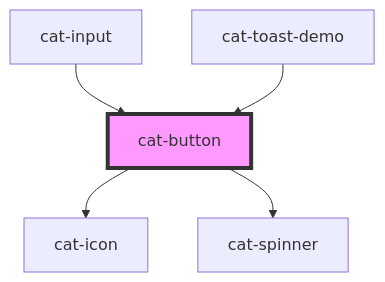
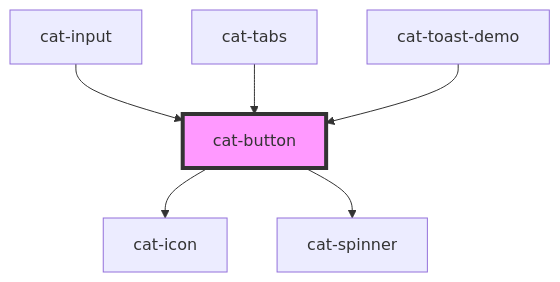
The diagram in core/src/components/cat-button/readme.md (haiilo/catalyst), drawn with Mermaid before and after one commit. The commit also changed other lines of this file and 12 other files, not shown here.

````diff
--- a/core/src/components/cat-button/readme.md
+++ b/core/src/components/cat-button/readme.md
@@ -75,8 +76,9 @@
 ```mermaid
 graph TD;
   cat-button --> cat-icon
   cat-button --> cat-spinner
   cat-input --> cat-button
+  cat-tabs --> cat-button
   cat-toast-demo --> cat-button
   style cat-button fill:#f9f,stroke:#333,stroke-width:4px
 ```
````
